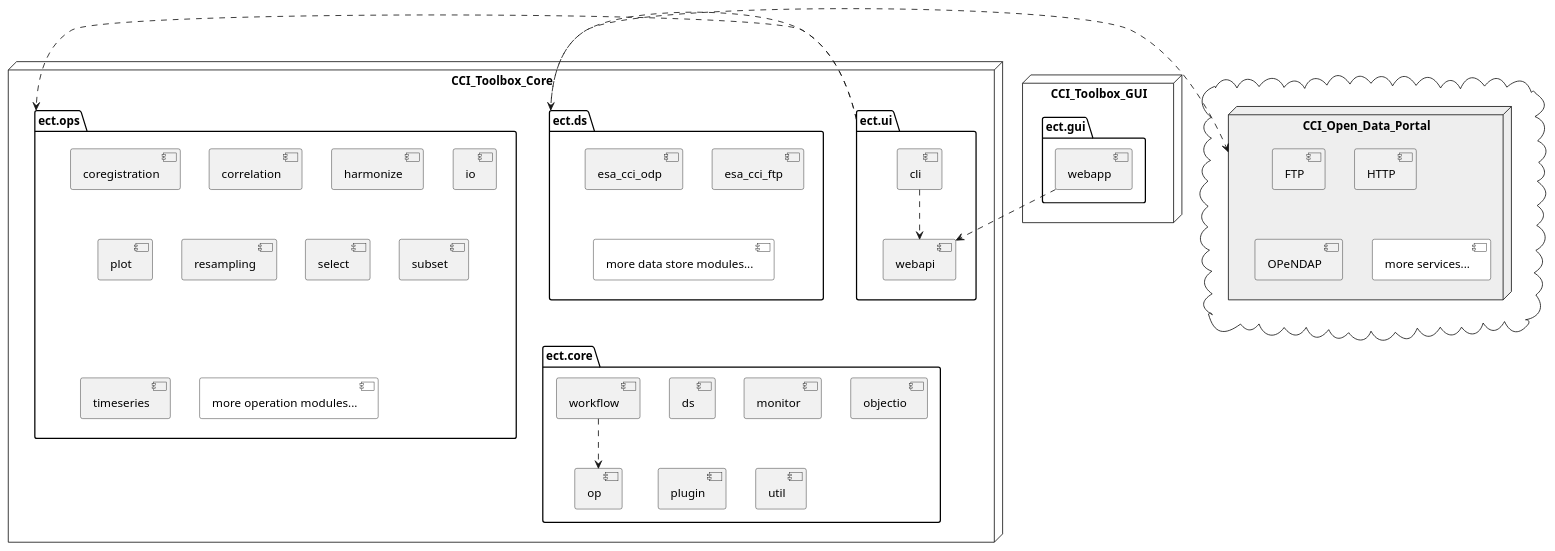
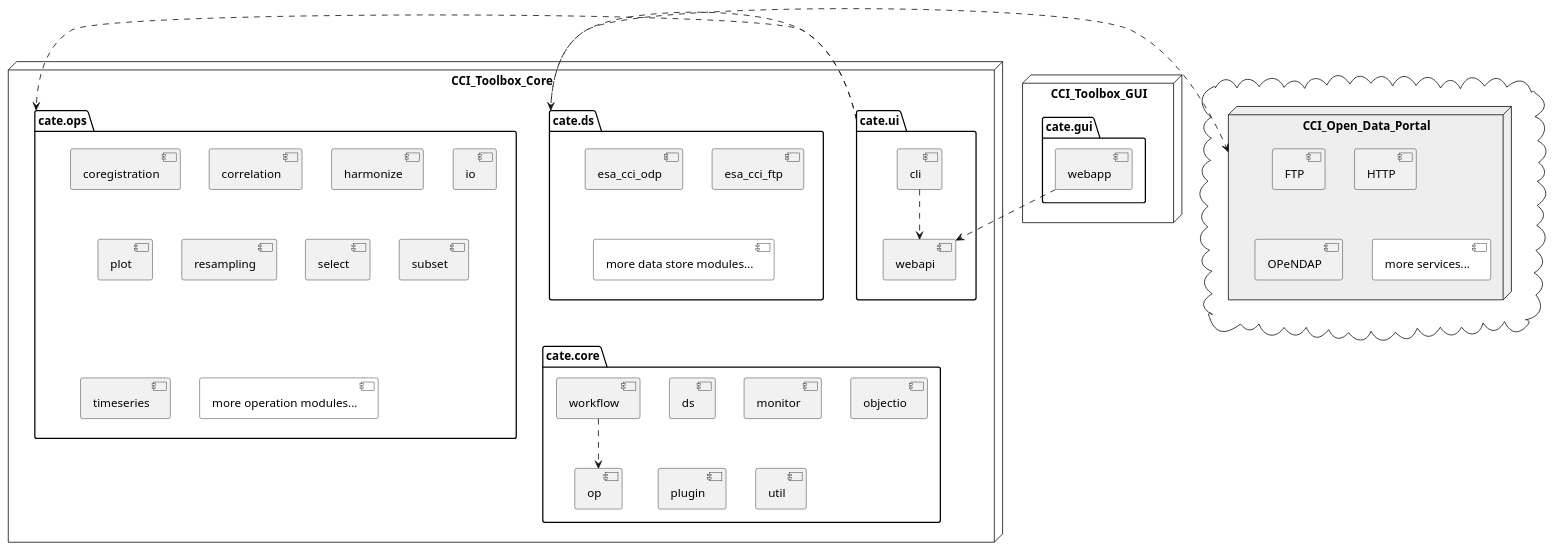
The diagram in doc/source/uml/modules.puml (CCI-Tools/cate), drawn with PlantUML before and after one commit. The commit also changed 135 other files, not shown here.

```diff
--- a/doc/source/uml/modules.puml
+++ b/doc/source/uml/modules.puml
@@ -1,65 +1,65 @@
 @startuml
 
 
 node "CCI_Toolbox_Core" {
-    package "ect.ds" {
+    package "cate.ds" {
         [esa_cci_odp]
         [esa_cci_ftp]
         [more data store modules...] #white
     }
 
-    package ect.ops {
+    package cate.ops {
         [coregistration]
         [correlation]
         [harmonize]
         [io]
         [plot]
         [resampling]
         [select]
         [subset]
         [timeseries]
         [more operation modules...] #white
     }
 
-    package "ect.core" {
+    package "cate.core" {
         [ds]
         [monitor]
         [objectio]
         [op]
         [plugin]
         [util]
         [workflow]
     }
 
-    package "ect.ui" {
+    package "cate.ui" {
         [cli]
         [webapi]
     }
 }
 
 node "CCI_Toolbox_GUI" {
-    package "ect.gui" {
+    package "cate.gui" {
         [webapp]
     }
 }
 
 cloud {
 node "CCI_Open_Data_Portal" #eeeeee {
     [FTP]
     [HTTP]
     [OPeNDAP]
     [more services...] #white
 }
 }
 
 [cli] ..> [webapi]
 [webapp] ..> [webapi]
 
 [workflow] ..> [op]
 
-ect.ui .r.> ect.ops
-ect.ui .r.> ect.ds
-ect.ds .r.> CCI_Open_Data_Portal
+cate.ui .r.> cate.ops
+cate.ui .r.> cate.ds
+cate.ds .r.> CCI_Open_Data_Portal
 
 
 @enduml
```
